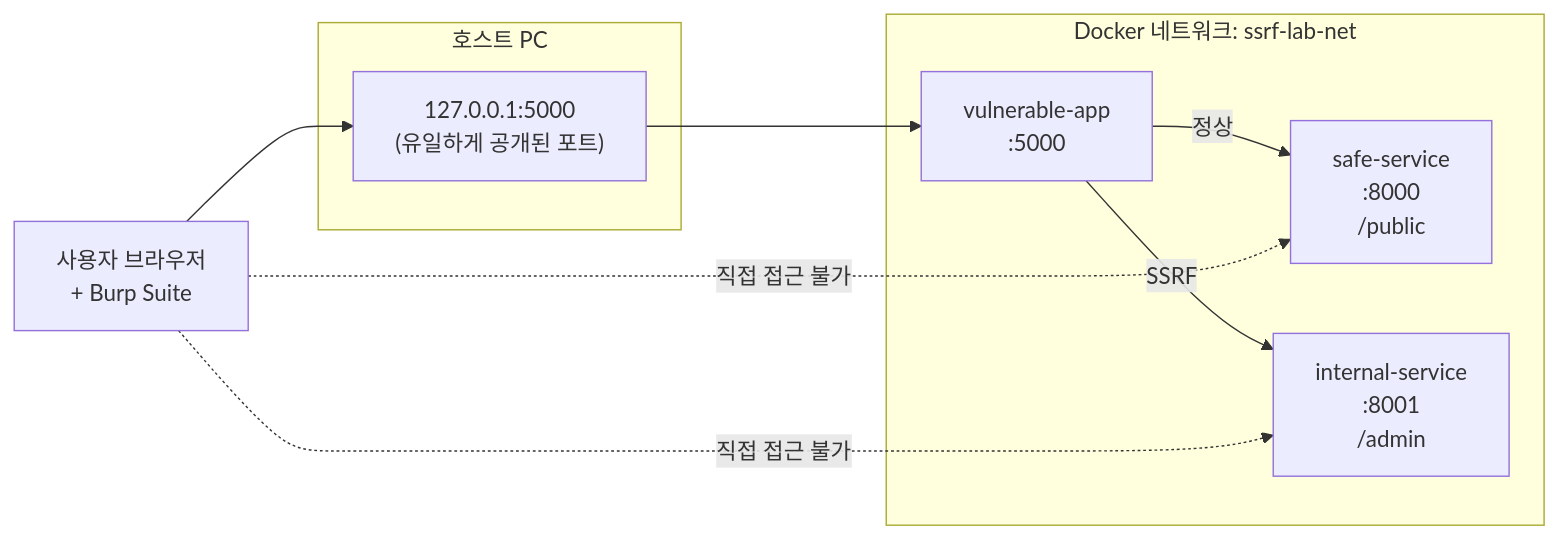
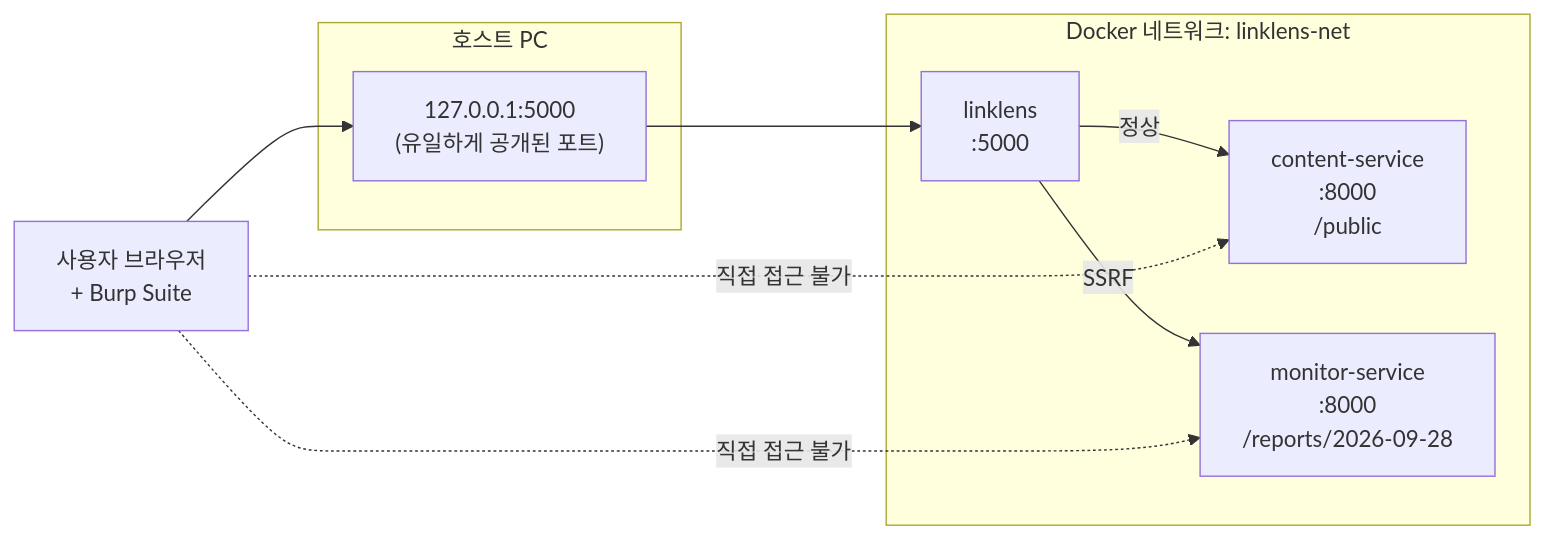
Before and after one commit to ddubi-sh/ssrf-security-lab: the third of 3 diagrams in README.md, drawn with Mermaid. The commit also changed other lines of this file, not shown here.

````diff
--- a/README.md
+++ b/README.md
@@ -126,18 +143,18 @@
 ```mermaid
 graph LR
     U["사용자 브라우저<br/>+ Burp Suite"]
     subgraph HOST["호스트 PC"]
         P["127.0.0.1:5000<br/>(유일하게 공개된 포트)"]
     end
-    subgraph NET["Docker 네트워크: ssrf-lab-net"]
-        V["vulnerable-app<br/>:5000"]
-        S["safe-service<br/>:8000<br/>/public"]
-        I["internal-service<br/>:8001<br/>/admin"]
+    subgraph NET["Docker 네트워크: linklens-net"]
+        V["linklens<br/>:5000"]
+        C["content-service<br/>:8000<br/>/public"]
+        M["monitor-service<br/>:8000<br/>/reports/2026-09-28"]
     end
 
     U --> P --> V
-    V -->|정상| S
-    V -->|SSRF| I
-    U -.->|직접 접근 불가| S
-    U -.->|직접 접근 불가| I
+    V -->|정상| C
+    V -->|SSRF| M
+    U -.->|직접 접근 불가| C
+    U -.->|직접 접근 불가| M
 ```
````
